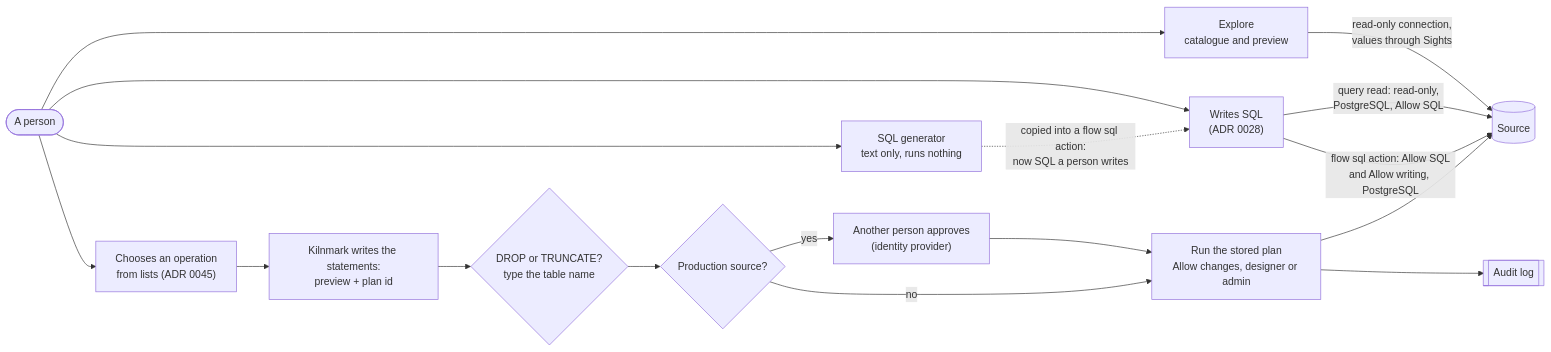
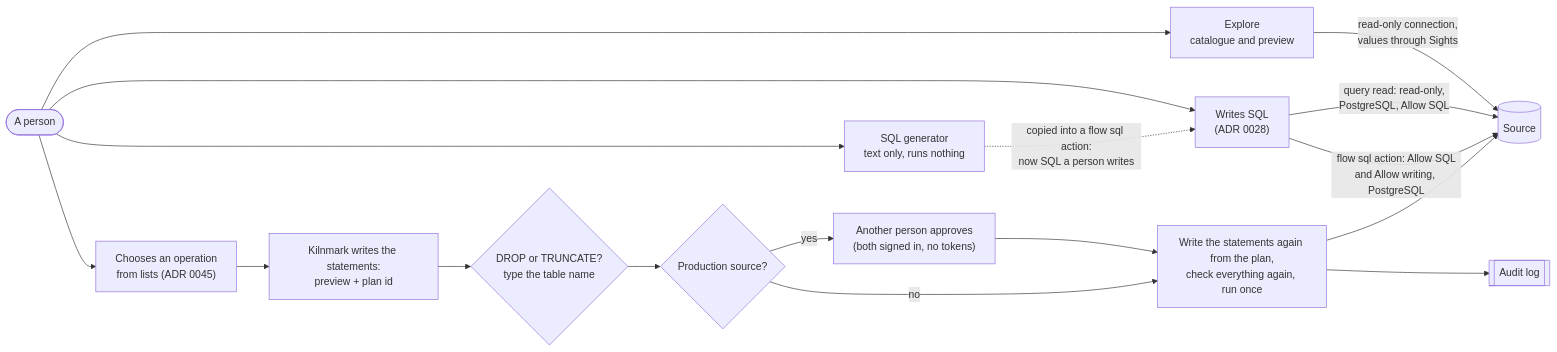
One commit to jporeilly/KilnMark changed the diagram in docs/adr/0045-database-tools.md. Above: the diagram before and after it, drawn with Mermaid. The commit also changed other lines of this file and 1 other file, not shown here.

````diff
--- a/docs/adr/0045-database-tools.md
+++ b/docs/adr/0045-database-tools.md
@@ -165,18 +230,18 @@
 ```mermaid
 flowchart LR
   P(["A person"]) --> Q["Explore<br/>catalogue and preview"]
   P --> G["SQL generator<br/>text only, runs nothing"]
   P --> W["Writes SQL<br/>(ADR 0028)"]
   P --> O["Chooses an operation<br/>from lists (ADR 0045)"]
   Q -->|"read-only connection,<br/>values through Sights"| DB[("Source")]
   W -->|"query read: read-only,<br/>PostgreSQL, Allow SQL"| DB
   W -->|"flow sql action: Allow SQL<br/>and Allow writing, PostgreSQL"| DB
   O --> PV["Kilnmark writes the statements:<br/>preview + plan id"]
   PV --> C{"DROP or TRUNCATE?<br/>type the table name"}
   C --> PR{"Production source?"}
-  PR -- "yes" --> AP["Another person approves<br/>(identity provider)"] --> RUN
-  PR -- "no" --> RUN["Run the stored plan<br/>Allow changes, designer or admin"]
+  PR -- "yes" --> AP["Another person approves<br/>(both signed in, no tokens)"] --> RUN
+  PR -- "no" --> RUN["Write the statements again from the plan,<br/>check everything again, run once"]
   RUN --> DB
   RUN --> AU[["Audit log"]]
   G -. "copied into a flow sql action:<br/>now SQL a person writes" .-> W
 ```
````
